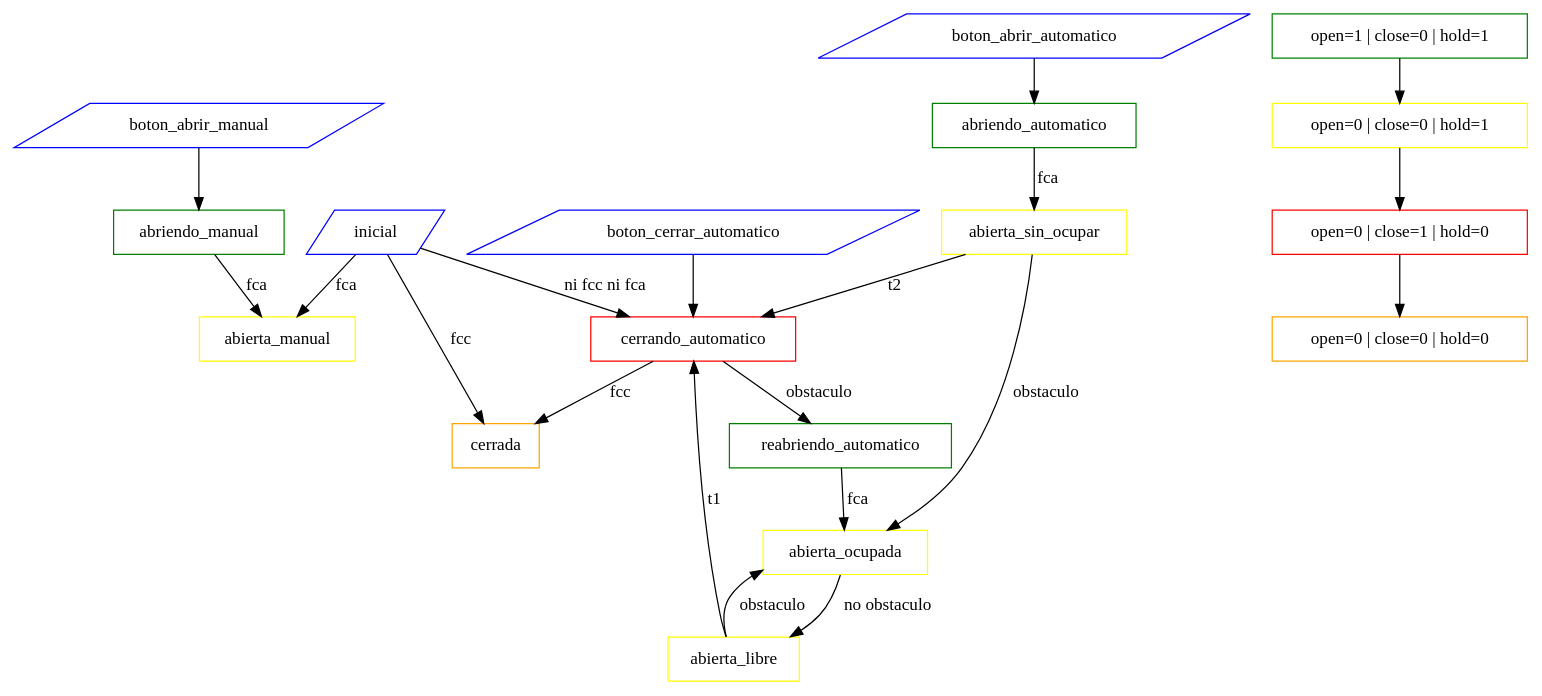
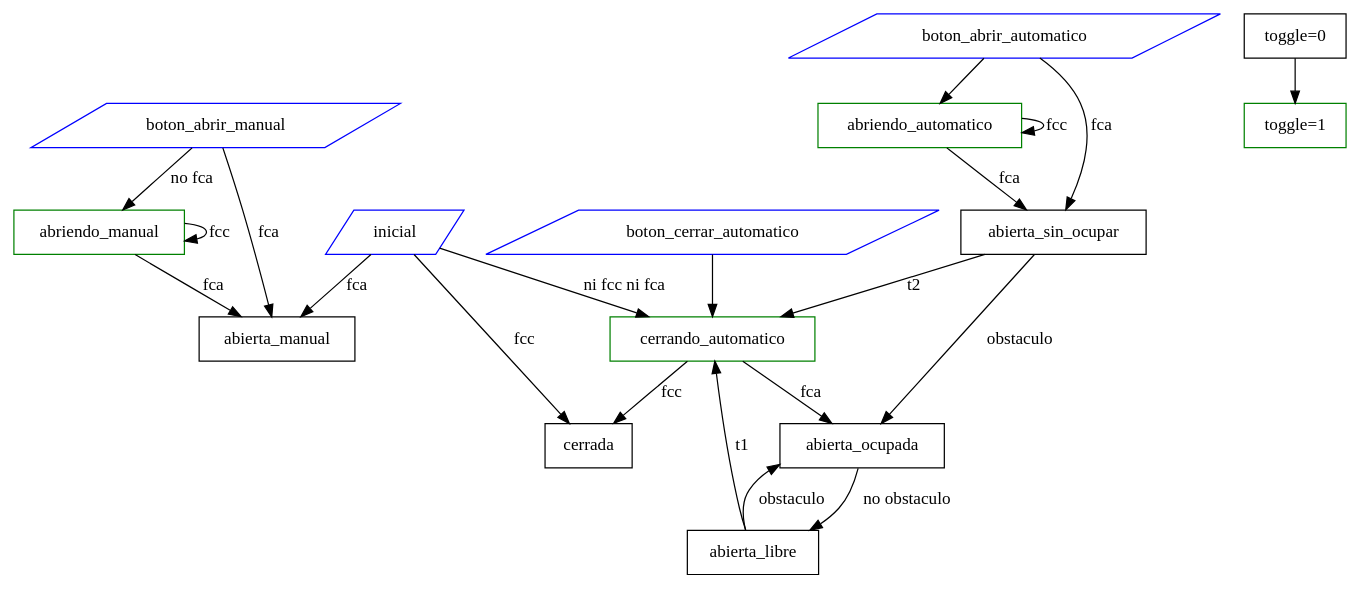
The diagram in xboardrelay_dhcp_parking/diagrama_estados.dot (kreitek/parkingBarrera), drawn with Graphviz before and after one commit. The commit also changed 8 other files, not shown here.

```diff
--- a/xboardrelay_dhcp_parking/diagrama_estados.dot
+++ b/xboardrelay_dhcp_parking/diagrama_estados.dot
@@ -1,44 +1,42 @@
 digraph G {
 
     { 
         inicial [shape=parallelogram color=blue]
         boton_cerrar_automatico [shape=parallelogram color=blue]
         boton_abrir_automatico [shape=parallelogram color=blue]
         boton_abrir_manual [shape=parallelogram color=blue]
         abriendo_automatico [shape=box color=green]
-        reabriendo_automatico [shape=box color=green]
         abriendo_manual [shape=box color=green]
-        abierta_manual [shape=box color=yellow]
-        abierta_libre [shape=box color=yellow]
-        abierta_ocupada [shape=box color=yellow]
-        abierta_sin_ocupar [shape=box color=yellow]
-        cerrando_automatico [shape=box color=red]
-        cerrada [shape=box color=orange]
-        "open=1 | close=0 | hold=1" [shape=box color=green]
-        "open=0 | close=0 | hold=1" [shape=box color=yellow]
-        "open=0 | close=1 | hold=0" [shape=box color=red]
-        "open=0 | close=0 | hold=0" [shape=box color=orange]
+        abierta_manual [shape=box color=black]
+        abierta_libre [shape=box color=black]
+        abierta_ocupada [shape=box color=black]
+        abierta_sin_ocupar [shape=box color=black]
+        cerrando_automatico [shape=box color=green]
+        cerrada [shape=box color=black]
+        "toggle=1" [shape=box color=green]
+        "toggle=0" [shape=box color=black]
     }
 
     boton_cerrar_automatico -> cerrando_automatico
     boton_abrir_automatico -> abriendo_automatico
-    boton_abrir_manual -> abriendo_manual
+    boton_abrir_automatico -> abierta_sin_ocupar [label="fca"]
+    boton_abrir_manual -> abriendo_manual [label="no fca"]
+    abriendo_manual -> abriendo_manual [label="fcc"]
+    boton_abrir_manual -> abierta_manual [label="fca"]
 
     inicial -> cerrada [label="fcc"]
     inicial -> abierta_manual [label="fca"]
     inicial -> cerrando_automatico [label="ni fcc ni fca"]
     abriendo_automatico -> abierta_sin_ocupar [label="fca"]
-    reabriendo_automatico -> abierta_ocupada [label="fca"]
+    abriendo_automatico -> abriendo_automatico [label="fcc"]
     abierta_sin_ocupar -> abierta_ocupada [label="obstaculo"]
     abierta_sin_ocupar -> cerrando_automatico [label="t2"]
     abierta_ocupada -> abierta_libre [label="no obstaculo"]
     abierta_libre -> abierta_ocupada [label="obstaculo"]
     abierta_libre -> cerrando_automatico [label="t1"]
-    cerrando_automatico -> reabriendo_automatico [label="obstaculo"]
     cerrando_automatico -> cerrada [label="fcc"]
+    cerrando_automatico -> abierta_ocupada [label="fca"]
     abriendo_manual -> abierta_manual [label="fca"]
 
-    "open=1 | close=0 | hold=1" -> "open=0 | close=0 | hold=1"
-    "open=0 | close=0 | hold=1" -> "open=0 | close=1 | hold=0"
-    "open=0 | close=1 | hold=0" -> "open=0 | close=0 | hold=0"
+	"toggle=0" -> "toggle=1"
 }
```
